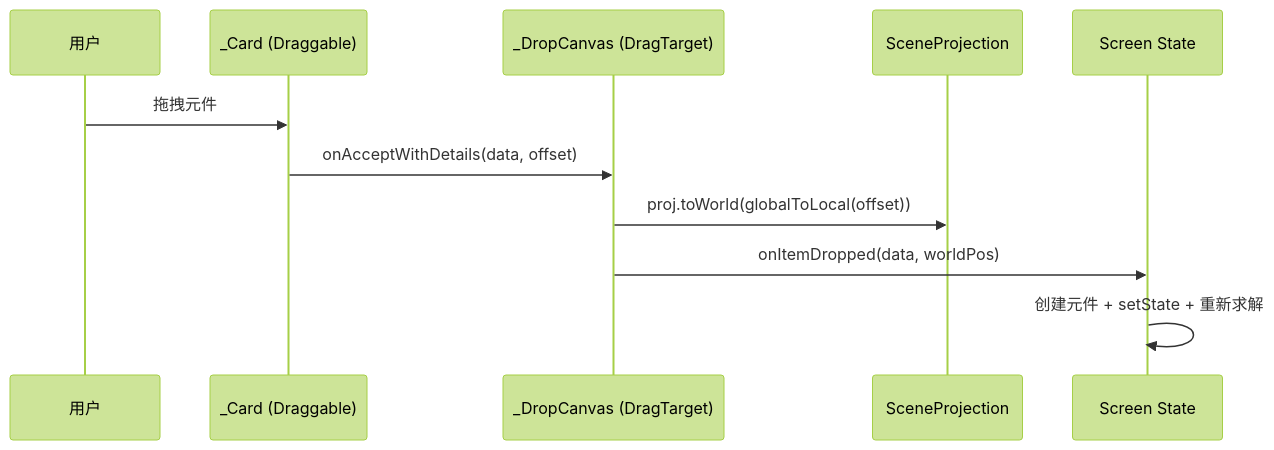
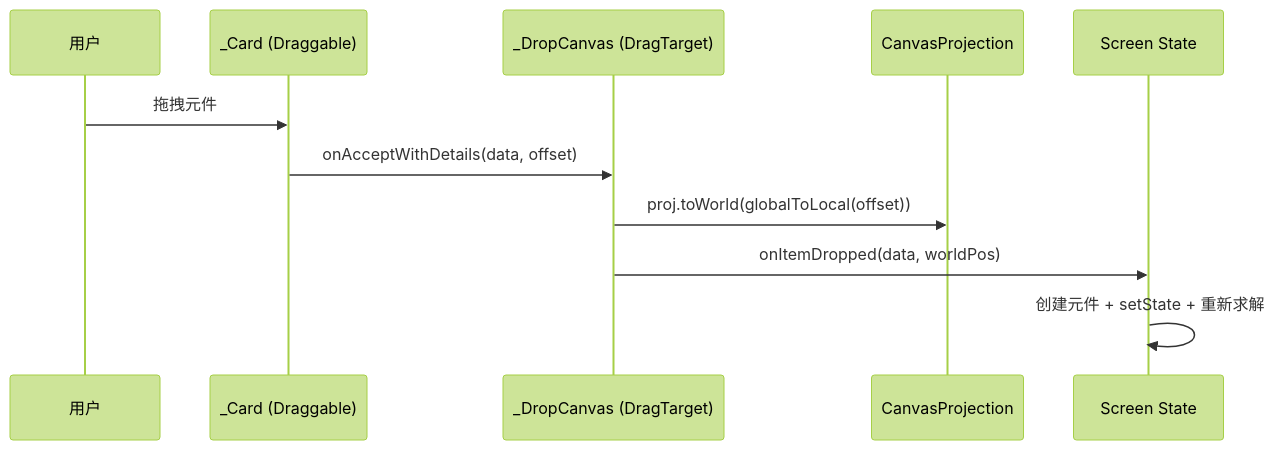
The diagram in docs/knowledge/kratos/frontend/drag-drop-workspace.md (kenGH12345/KartosLab), drawn with Mermaid (forest theme) before and after one commit. The commit also changed other lines of this file and 7525 other files, not shown here.

````diff
--- a/docs/knowledge/kratos/frontend/drag-drop-workspace.md
+++ b/docs/knowledge/kratos/frontend/drag-drop-workspace.md
@@ -61,13 +44,13 @@
 ```mermaid
 sequenceDiagram
     participant U as 用户
     participant Card as _Card (Draggable)
     participant DC as _DropCanvas (DragTarget)
-    participant P as SceneProjection
+    participant P as CanvasProjection
     participant S as Screen State
     U->>Card: 拖拽元件
     Card->>DC: onAcceptWithDetails(data, offset)
     DC->>P: proj.toWorld(globalToLocal(offset))
     DC->>S: onItemDropped(data, worldPos)
     S->>S: 创建元件 + setState + 重新求解
 ```
````
